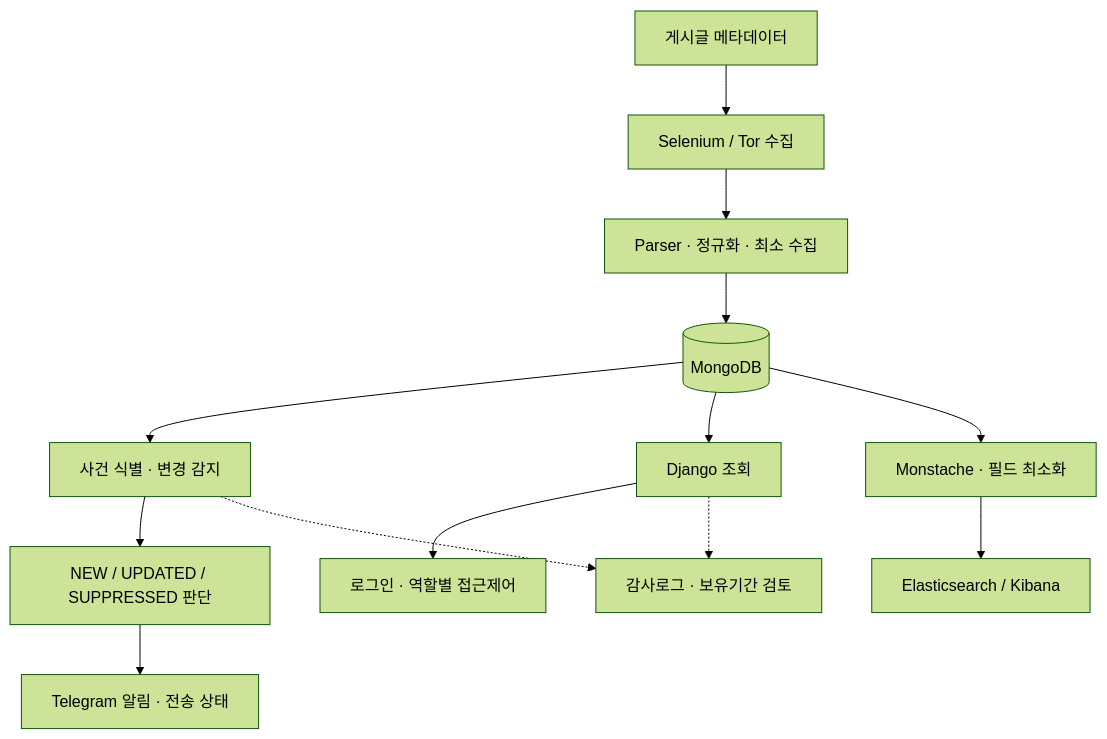
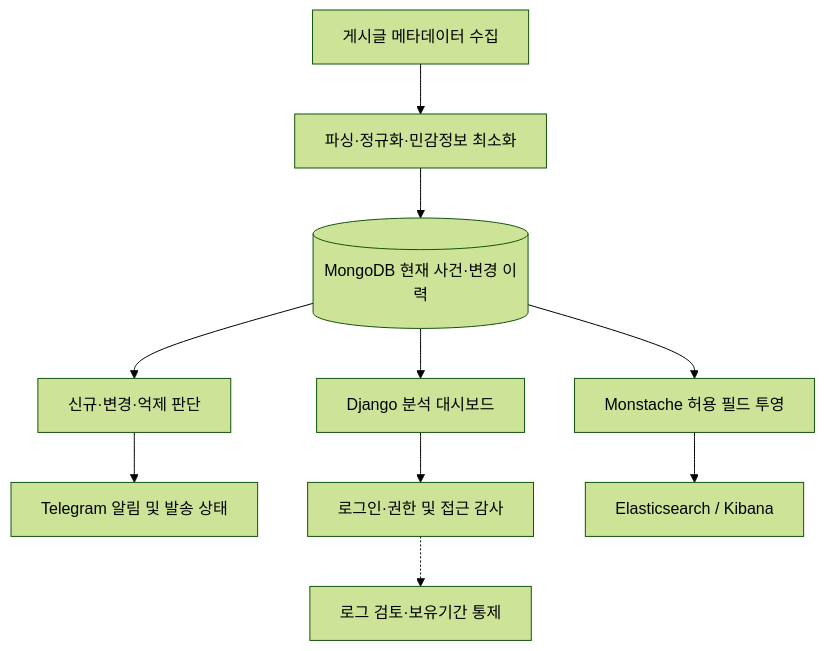
Before and after one commit to LEESJ7934/darkweb-threat-intelligence-monitor: the diagram in README.md, drawn with Mermaid (forest theme). The commit also changed other lines of this file and 1 other file, not shown here.

````diff
--- a/README.md
+++ b/README.md
@@ -18,19 +32,12 @@
 ```mermaid
 flowchart TB
-    A["게시글 메타데이터"] --> B["Selenium / Tor 수집"]
-    B --> C["Parser · 정규화 · 최소 수집"]
-    C --> D[("MongoDB")]
-
-    D --> E["사건 식별 · 변경 감지"]
-    E --> F["NEW / UPDATED / SUPPRESSED 판단"]
-    F --> G["Telegram 알림 · 전송 상태"]
-
-    D --> H["Django 조회"]
-    H --> I["로그인 · 역할별 접근제어"]
-
-    D --> J["Monstache · 필드 최소화"]
-    J --> K["Elasticsearch / Kibana"]
-
-    E -.-> L["감사로그 · 보유기간 검토"]
-    H -.-> L
+    A["게시글 메타데이터 수집"] --> B["파싱·정규화·민감정보 최소화"]
+    B --> C[("MongoDB 현재 사건·변경 이력")]
+    C --> D["신규·변경·억제 판단"]
+    D --> E["Telegram 알림 및 발송 상태"]
+    C --> F["Django 분석 대시보드"]
+    F --> G["로그인·권한 및 접근 감사"]
+    C --> H["Monstache 허용 필드 투영"]
+    H --> I["Elasticsearch / Kibana"]
+    G -.-> J["로그 검토·보유기간 통제"]
 ```
````
